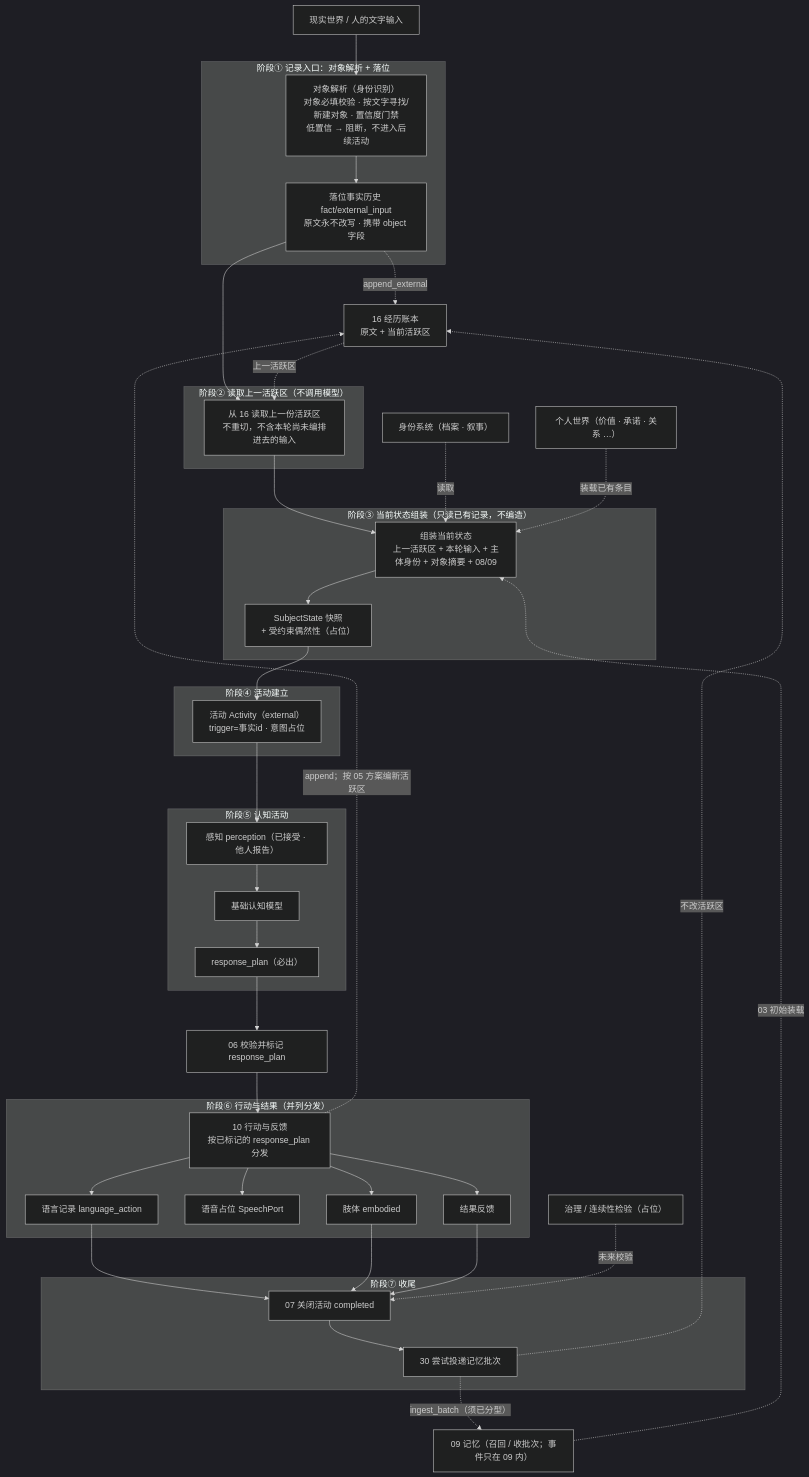
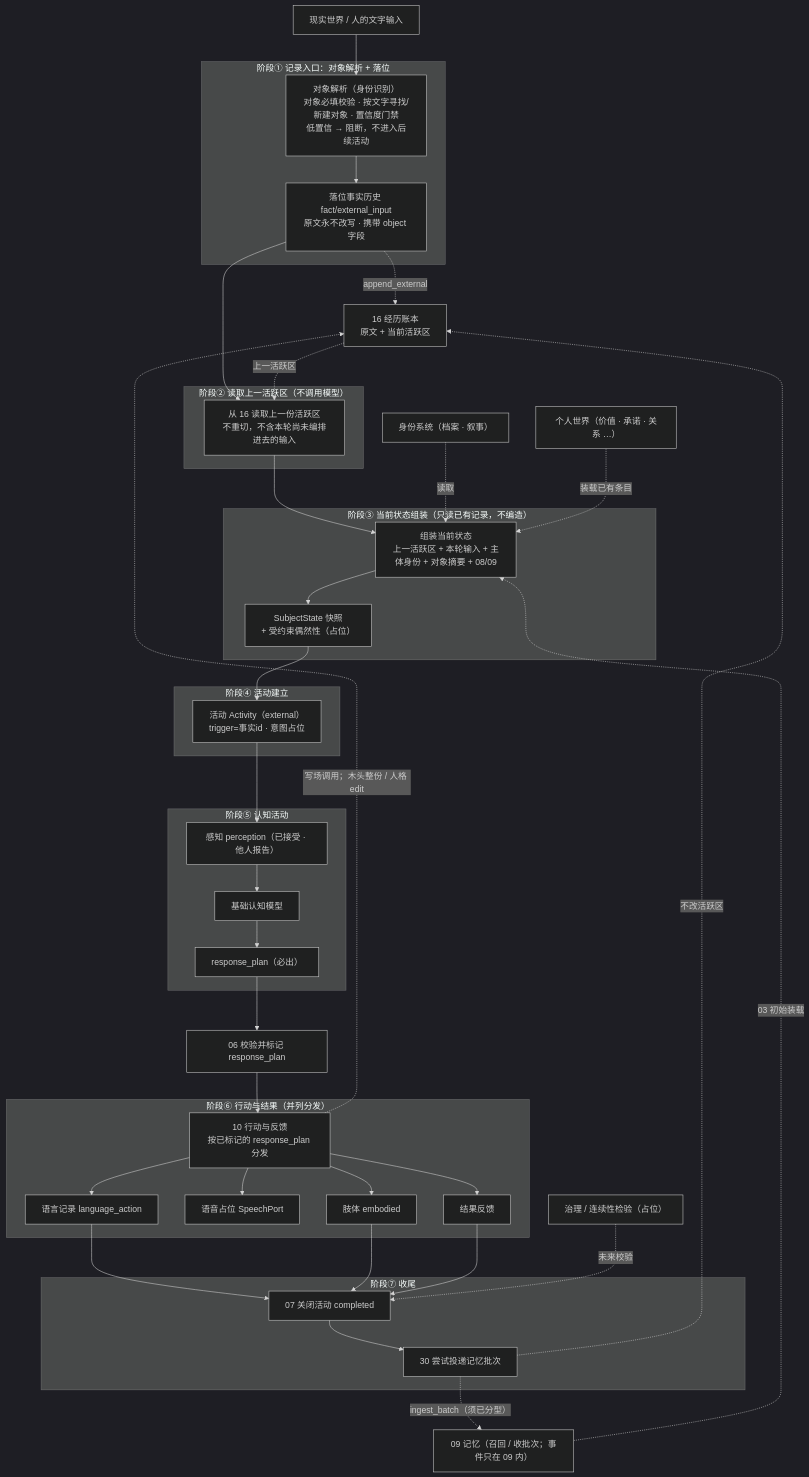
One commit to Llllsuhdjhhd/JShi changed the diagram in doc/design/00-流程总览与输入边界.md. Above: the diagram before and after it, drawn with Mermaid (dark theme). The commit also changed other lines of this file and 24 other files, not shown here.

````diff
--- a/doc/design/00-流程总览与输入边界.md
+++ b/doc/design/00-流程总览与输入边界.md
@@ -17,79 +17,79 @@
 ```mermaid
 flowchart TB
     W["现实世界 / 人的文字输入"] --> P1
 
     subgraph S1["阶段① 记录入口：对象解析 + 落位"]
         P1["对象解析（身份识别）<br/>对象必填校验 · 按文字寻找/新建对象 · 置信度门禁<br/>低置信 → 阻断，不进入后续活动"]
         P2["落位事实历史 fact/external_input<br/>原文永不改写 · 携带 object 字段"]
         P1 --> P2
     end
 
     P2 -. "append_external" .-> LED
     P2 --> P3
 
     subgraph S2["阶段② 读取上一活跃区（不调用模型）"]
         P3["从 16 读取上一份活跃区<br/>不重切，不含本轮尚未编排进去的输入"]
     end
 
     P3 --> P5
 
     subgraph S3["阶段③ 当前状态组装（只读已有记录，不编造）"]
         P5["组装当前状态<br/>上一活跃区 + 本轮输入 + 主体身份 + 对象摘要 + 08/09"]
         P5 --> P5C["SubjectState 快照<br/>+ 受约束偶然性（占位）"]
     end
 
     P5C --> P6
 
     subgraph S4["阶段④ 活动建立"]
         P6["活动 Activity（external）<br/>trigger=事实id · 意图占位"]
     end
 
     P6 --> P7
 
     subgraph S5["阶段⑤ 认知活动"]
         P7["感知 perception（已接受 · 他人报告）"]
         P8["基础认知模型"]
         P9["response_plan（必出）"]
         P7 --> P8
         P8 --> P9
     end
 
     P9 --> P06["06 校验并标记 response_plan"]
     P06 --> P10
 
     subgraph S6["阶段⑥ 行动与结果（并列分发）"]
         P10["10 行动与反馈<br/>按已标记的 response_plan 分发"]
         L["语言记录 language_action"]
         V["语音占位 SpeechPort"]
         A["肢体 embodied"]
         R["结果反馈"]
         P10 --> L
         P10 --> V
         P10 --> A
         P10 --> R
     end
 
     L --> P11
     A --> P11
     R --> P11
 
     subgraph S7["阶段⑦ 收尾"]
         P11["07 关闭活动 completed"]
         P12["30 尝试投递记忆批次"]
         P11 --> P12
     end
 
     ID["身份系统（档案 · 叙事）"]
     PW["个人世界（价值 · 承诺 · 关系 …）"]
     LED["16 经历账本<br/>原文 + 当前活跃区"]
     MEM["09 记忆（召回 / 收批次；事件只在 09 内）"]
     ID -. "读取" .-> P5
     PW -. "装载已有条目" .-> P5
     LED -. "上一活跃区" .-> P3
     MEM -. "03 初始装载" .-> P5
     P12 -. "ingest_batch（须已分型）" .-> MEM
     P12 -. "不改活跃区" .-> LED
-    P10 -. "append；按 05 方案编新活跃区" .-> LED
+    P10 -. "写场调用；木头整份 / 人格 edit" .-> LED
 
     G1["治理 / 连续性检验（占位）"] -. "未来校验" .-> P11
 ```
````
